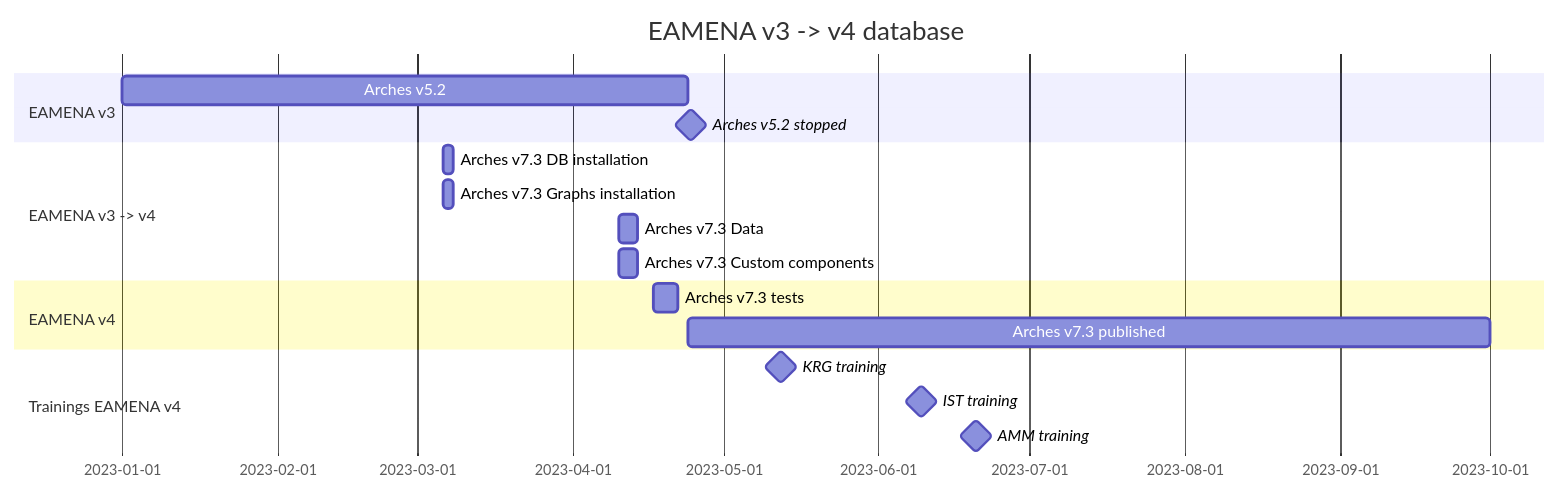
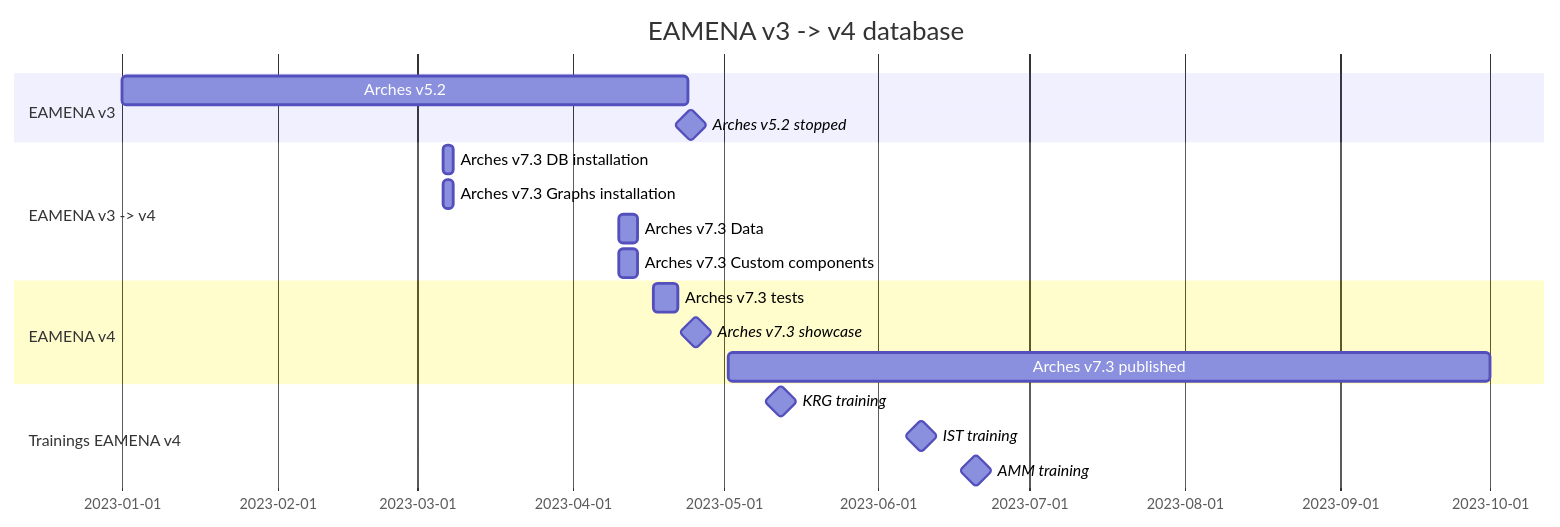
Before and after one commit to eamena-project/eamena-arches-dev: the diagram in dbs/database.eamena/README.md, drawn with Mermaid.

Commit message:
views diagram

````diff
--- a/dbs/database.eamena/README.md
+++ b/dbs/database.eamena/README.md
@@ -5,20 +5,21 @@
 ```mermaid
 gantt
     title EAMENA v3 -> v4 database
     dateFormat  YYYY-MM-DD
     section EAMENA v3
     Arches v5.2              : a0, 2023-01-01, 2023-04-24
     Arches v5.2 stopped      : milestone, m3, 2023-04-24, 1d
     section EAMENA v3 -> v4
     Arches v7.3 DB installation        : a1, 2023-03-06, 2d
     Arches v7.3 Graphs installation    : a1, 2023-03-06, 2d
     Arches v7.3 Data                   : a1, 2023-04-10, 4d
     Arches v7.3 Custom components      : a1, 2023-04-10, 4d
     section EAMENA v4
     Arches v7.3 tests                  : a1, 2023-04-17, 5d
-    Arches v7.3 published              : a1, 2023-04-24, 2023-10-01
+    Arches v7.3 showcase               : milestone, m3, 2023-04-25, 1d
+    Arches v7.3 published              : a1, 2023-05-02, 2023-10-01
     section Trainings EAMENA v4
     KRG training             : milestone, m3, 2023-05-09, 7d
     IST training             : milestone, m3, 2023-06-06, 7d
     AMM training             : milestone, m3, 2023-06-17, 7d
 ```
````
